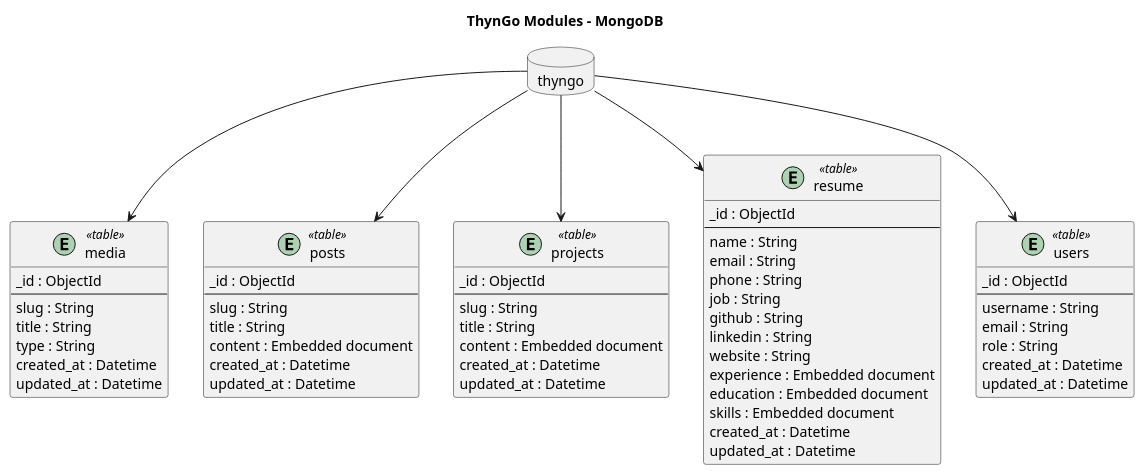
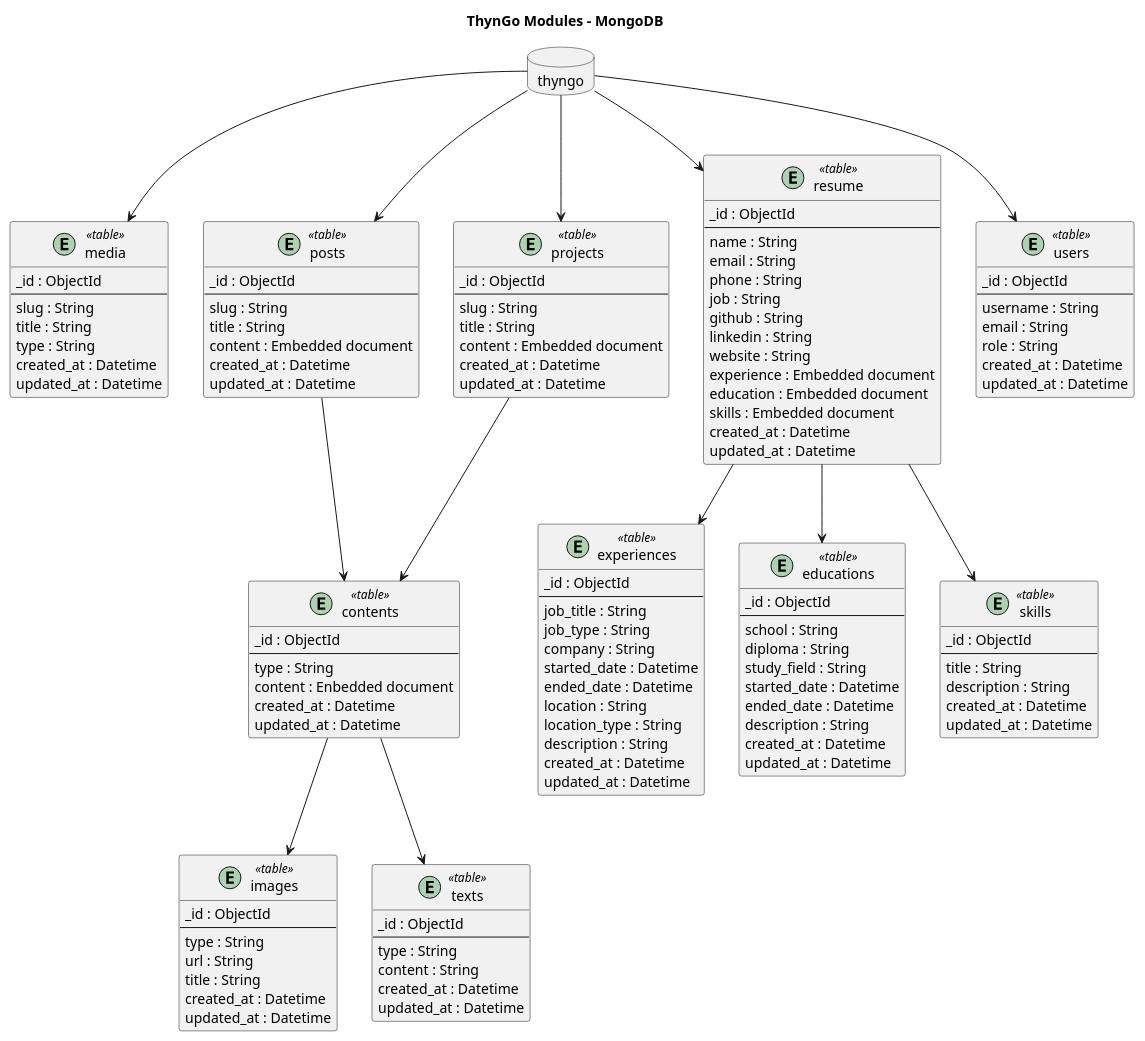
The diagram in docs/database/mongo-modules.puml (RaphaelMailhiot/thyngo), drawn with PlantUML before and after one commit. The commit also changed 1 other file, not shown here.

Commit message:
Update Content for database tables

```diff
--- a/docs/database/mongo-modules.puml
+++ b/docs/database/mongo-modules.puml
@@ -1,73 +1,147 @@
 @startuml
 
 title ThynGo Modules - MongoDB
 
 
 database "thyngo" as thyngo{
 }
 
 entity "media" as media <<table>> {
   _id : ObjectId
   --
   slug : String
   title : String
   type : String
   created_at : Datetime
   updated_at : Datetime
 }
 
 entity "posts" as posts <<table>> {
   _id : ObjectId
   --
   slug : String
   title : String
   content : Embedded document
   created_at : Datetime
   updated_at : Datetime
 }
 
 entity "projects" as projects <<table>> {
   _id : ObjectId
   --
   slug : String
   title : String
   content : Embedded document
   created_at : Datetime
   updated_at : Datetime
 }
 
 entity "resume" as resume <<table>> {
   _id : ObjectId
   --
   name : String
   email : String
   phone : String
   job : String
   github : String
   linkedin : String
   website : String
   experience : Embedded document
   education : Embedded document
   skills : Embedded document
   created_at : Datetime
   updated_at : Datetime
 }
 
 entity "users" as users <<table>> {
   _id : ObjectId
   --
   username : String
   email : String
   role : String
   created_at : Datetime
   updated_at : Datetime
 }
 
+entity "contents" as contents <<table>> {
+  _id : ObjectId
+  --
+  type : String
+  content : Enbedded document
+  created_at : Datetime
+  updated_at : Datetime
+}
+
+entity "images" as images <<table>> {
+  _id : ObjectId
+  --
+  type : String
+  url : String
+  title : String
+  created_at : Datetime
+  updated_at : Datetime
+}
+
+entity "texts" as texts <<table>> {
+  _id : ObjectId
+  --
+  type : String
+  content : String
+  created_at : Datetime
+  updated_at : Datetime
+}
+
+entity "experiences" as experiences <<table>> {
+  _id : ObjectId
+  --
+  job_title : String
+  job_type : String
+  company : String
+  started_date : Datetime
+  ended_date : Datetime
+  location : String
+  location_type : String
+  description : String
+  created_at : Datetime
+  updated_at : Datetime
+}
+
+entity "educations" as educations <<table>> {
+  _id : ObjectId
+  --
+  school : String
+  diploma : String
+  study_field : String
+  started_date : Datetime
+  ended_date : Datetime
+  description : String
+  created_at : Datetime
+  updated_at : Datetime
+}
+
+entity "skills" as skills <<table>> {
+  _id : ObjectId
+  --
+  title : String
+  description : String
+  created_at : Datetime
+  updated_at : Datetime
+}
+
 
 thyngo --> media
 thyngo --> projects
 thyngo --> posts
 thyngo --> resume
 thyngo --> users
 
+projects --> contents
+posts --> contents
+contents --> images
+contents --> texts
+
+resume --> experiences
+resume --> educations
+resume --> skills
+
 @enduml
```
